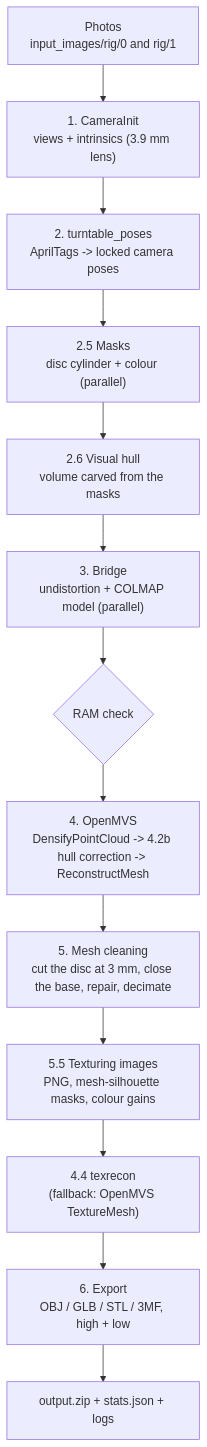
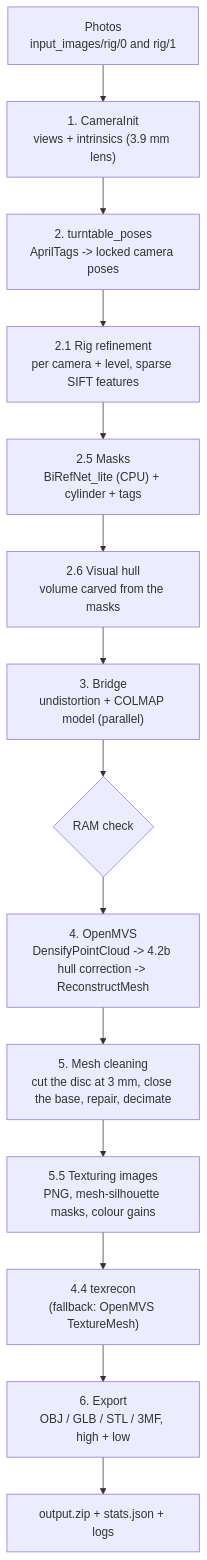
The diagram in README.md (AlinC10/photogrammetry_pipeline), drawn with Mermaid before and after one commit. The commit also changed other lines of this file and 18 other files, not shown here.

First line of the commit message:
feat: rig refinement from sparse features, AI masks, automatic checks

````diff
--- a/README.md
+++ b/README.md
@@ -17,15 +17,16 @@
 ```mermaid
 flowchart TD
     A["Photos<br/>input_images/rig/0 and rig/1"] --> B["1. CameraInit<br/>views + intrinsics (3.9 mm lens)"]
     B --> C["2. turntable_poses<br/>AprilTags -> locked camera poses"]
-    C --> D["2.5 Masks<br/>disc cylinder + colour (parallel)"]
+    C --> RR["2.1 Rig refinement<br/>per camera + level, sparse SIFT features"]
+    RR --> D["2.5 Masks<br/>BiRefNet_lite (CPU) + cylinder + tags"]
     D --> V["2.6 Visual hull<br/>volume carved from the masks"]
     V --> E["3. Bridge<br/>undistortion + COLMAP model (parallel)"]
     E --> R{"RAM check"}
     R --> F["4. OpenMVS<br/>DensifyPointCloud -> 4.2b hull correction -> ReconstructMesh"]
     F --> G["5. Mesh cleaning<br/>cut the disc at 3 mm, close the base, repair, decimate"]
     G --> H["5.5 Texturing images<br/>PNG, mesh-silhouette masks, colour gains"]
     H --> T["4.4 texrecon<br/>(fallback: OpenMVS TextureMesh)"]
     T --> X["6. Export<br/>OBJ / GLB / STL / 3MF, high + low"]
     X --> Z["output.zip + stats.json + logs"]
 ```
````
